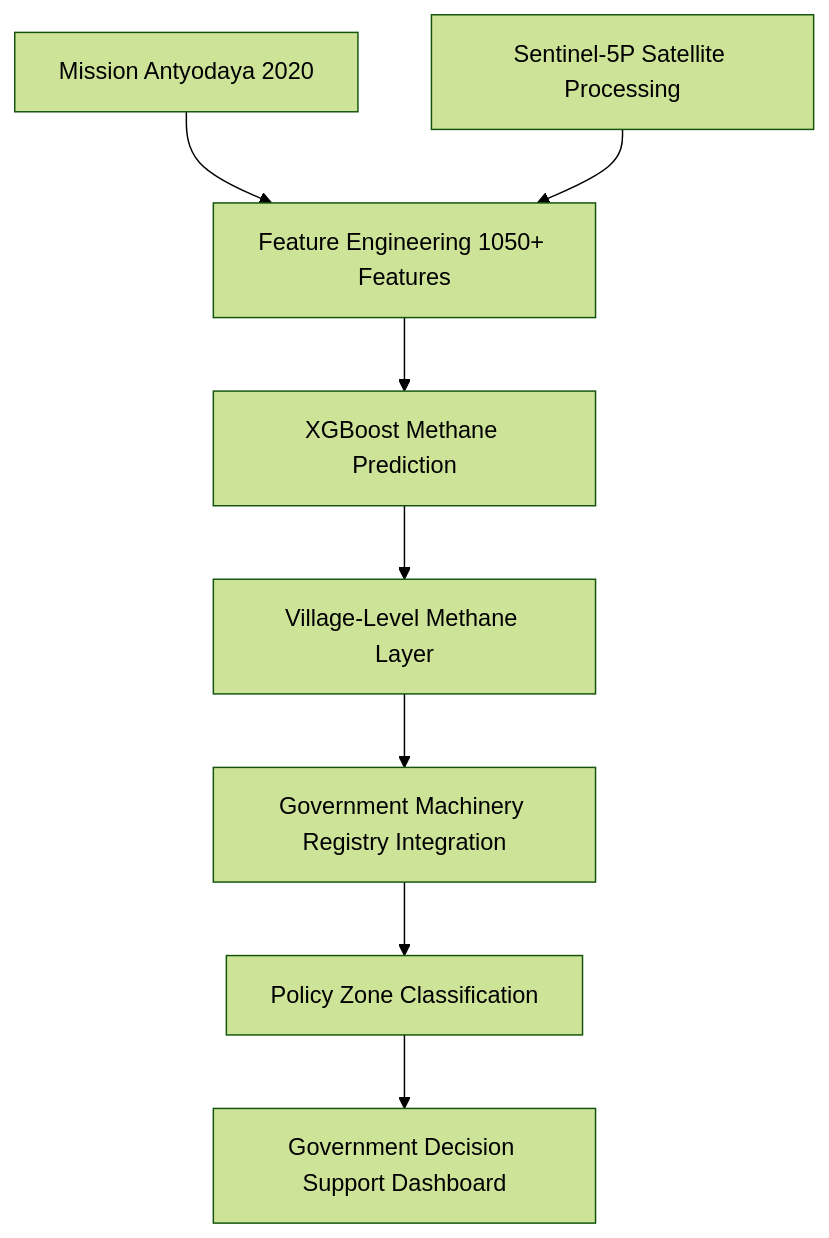
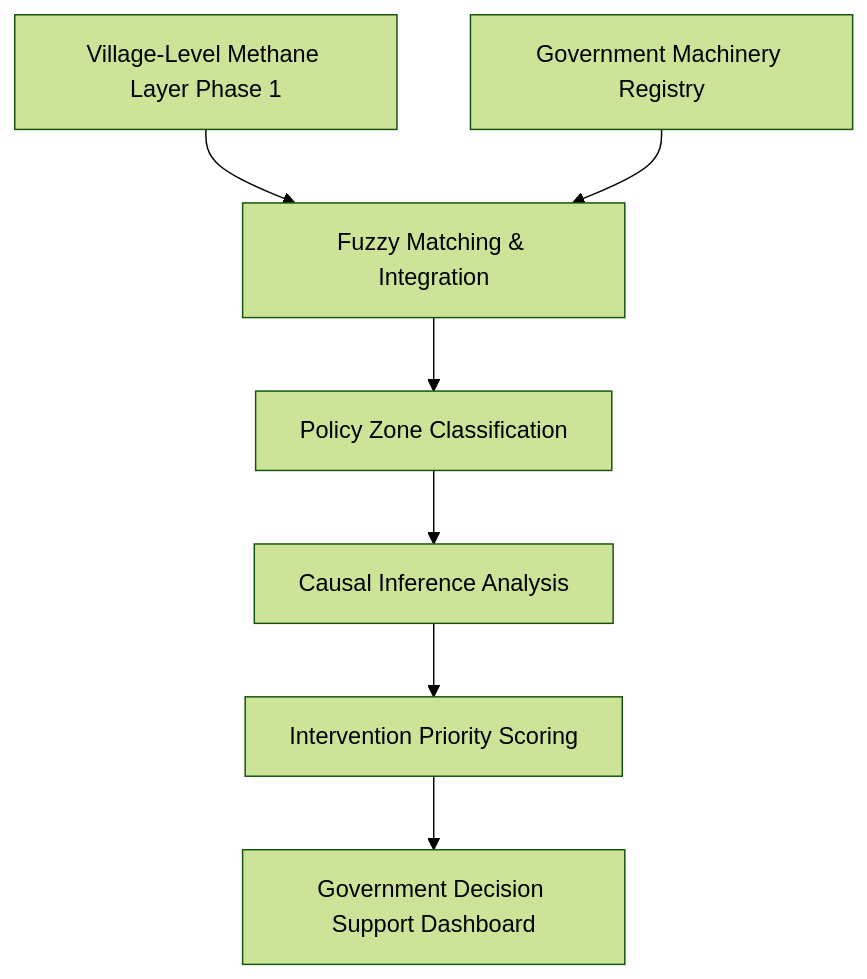
Before and after one commit to Harshtech1/Punjab_Machinery_Analytics: the diagram in README.md, drawn with Mermaid (forest theme). The commit also changed other lines of this file, not shown here.

````diff
--- a/README.md
+++ b/README.md
@@ -31,11 +41,10 @@
 ```mermaid
 graph TD
-    A[Mission Antyodaya 2020] --> C
-    B[Sentinel-5P Satellite Processing] --> C
-    C[Feature Engineering 1050+ Features] --> D
-    D[XGBoost Methane Prediction] --> E
-    E[Village-Level Methane Layer] --> F
-    F[Government Machinery Registry Integration] --> G
-    G[Policy Zone Classification] --> H
-    H[Government Decision Support Dashboard]
+    A[Village-Level Methane Layer Phase 1] --> C
+    B[Government Machinery Registry] --> C
+    C[Fuzzy Matching & Integration] --> D
+    D[Policy Zone Classification] --> E
+    E[Causal Inference Analysis] --> F
+    F[Intervention Priority Scoring] --> G
+    G[Government Decision Support Dashboard]
 ```
````
